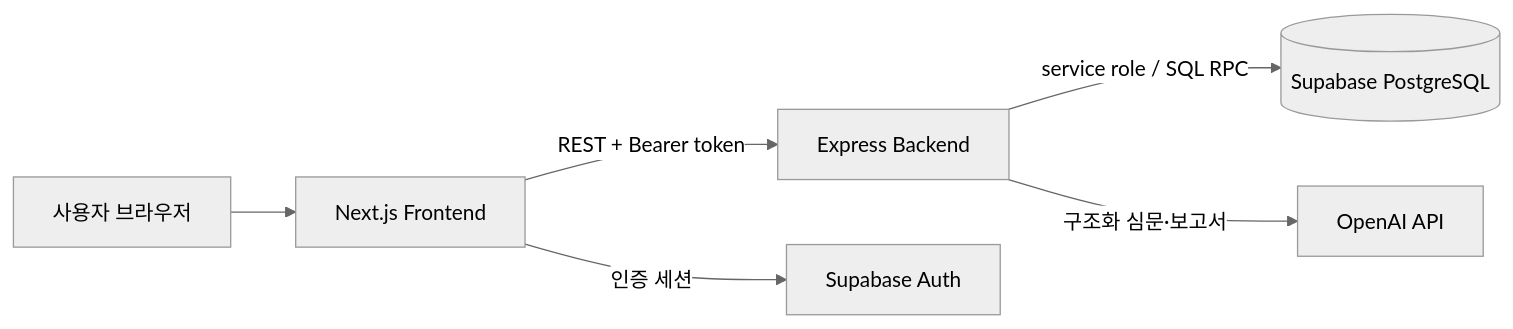
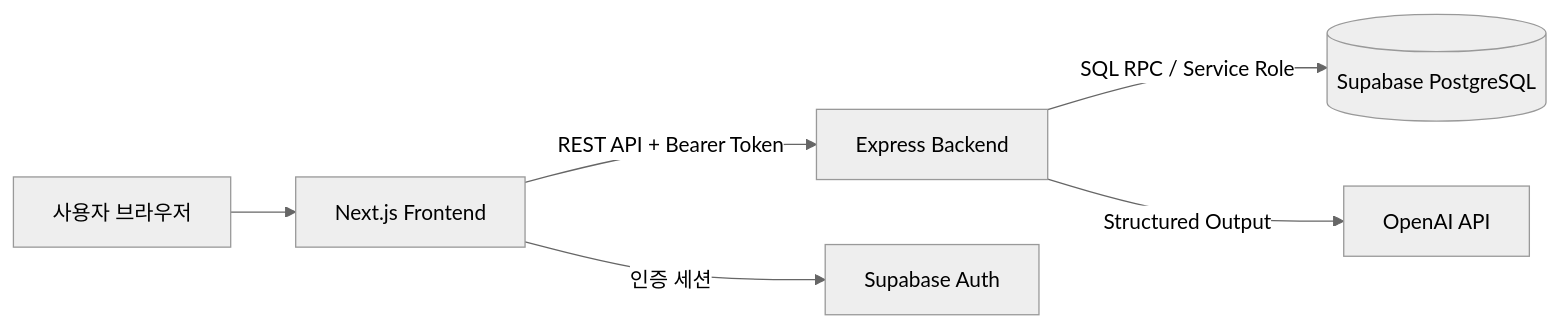
Before and after one commit to madcamp-official/26s-w2-c3-07: the diagram in README.md, drawn with Mermaid (neutral theme). The commit also changed other lines of this file, not shown here.

````diff
--- a/README.md
+++ b/README.md
@@ -60,8 +89,8 @@
 ```mermaid
 flowchart LR
   U[사용자 브라우저] --> F[Next.js Frontend]
-  F -->|REST + Bearer token| B[Express Backend]
+  F -->|REST API + Bearer Token| B[Express Backend]
   F -->|인증 세션| A[Supabase Auth]
-  B -->|service role / SQL RPC| D[(Supabase PostgreSQL)]
-  B -->|구조화 심문·보고서| O[OpenAI API]
+  B -->|SQL RPC / Service Role| D[(Supabase PostgreSQL)]
+  B -->|Structured Output| O[OpenAI API]
 ```
````
